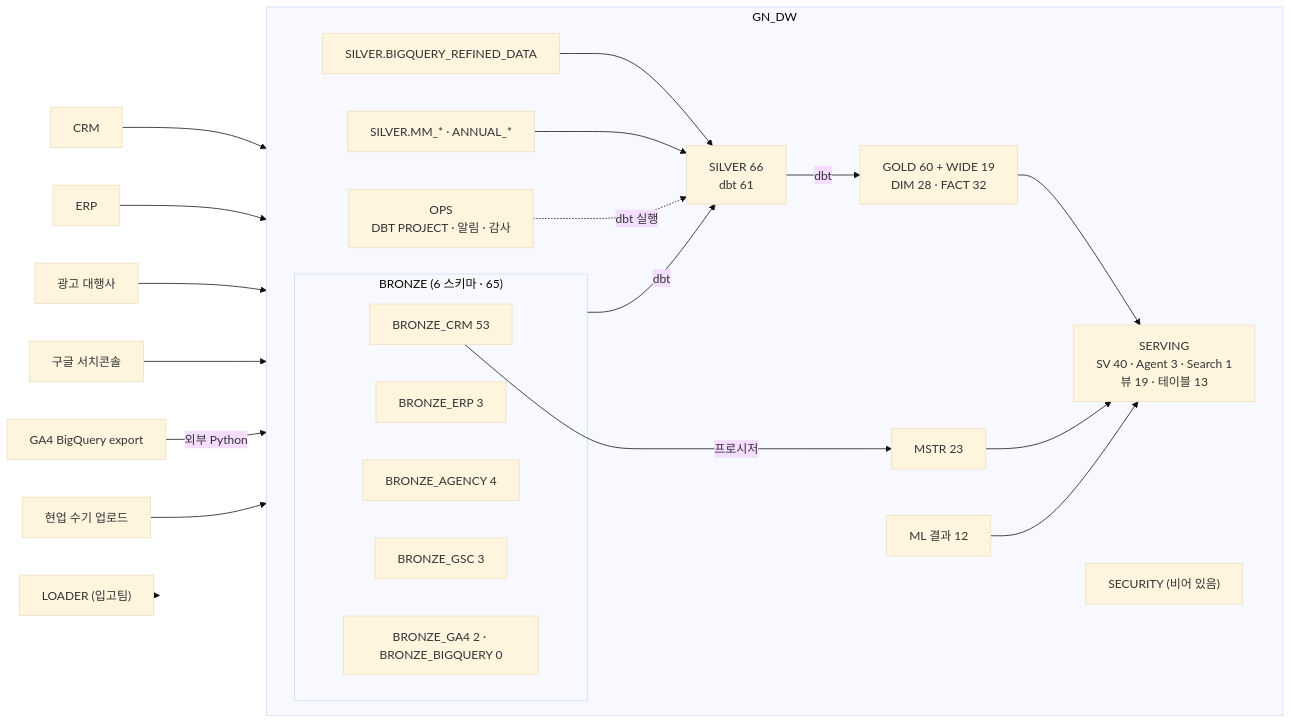
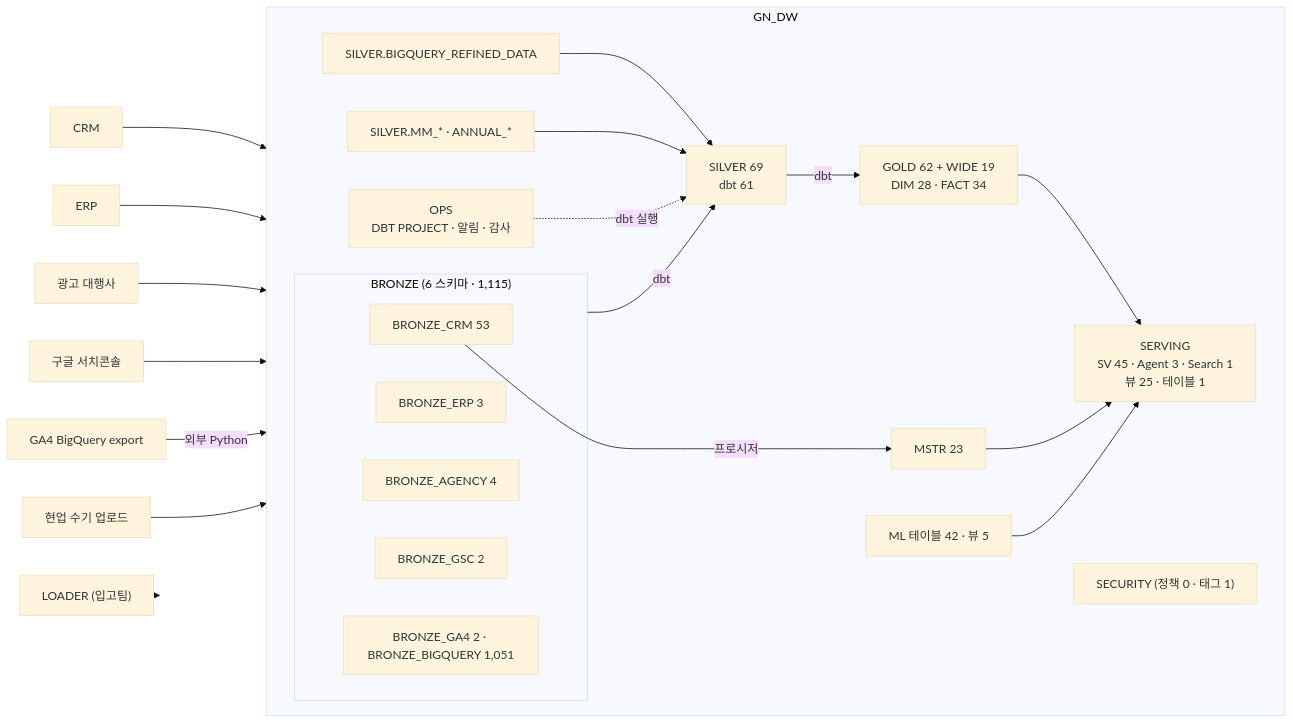
Before and after one commit to cih0802/snowflake_files: the first of 4 diagrams in 85_실제 인수인계 문서/20_정식산출물/D02_아키텍처정의서.md, drawn with Mermaid (base theme). The commit also changed other lines of this file and 157 other files, not shown here.

````diff
--- a/85_실제 인수인계 문서/20_정식산출물/D02_아키텍처정의서.md
+++ b/85_실제 인수인계 문서/20_정식산출물/D02_아키텍처정의서.md
@@ -21,38 +21,38 @@
 ```mermaid
 flowchart LR
   CRM["CRM"] --> BCRM
   ERP["ERP"] --> BERP
   AGN["광고 대행사"] --> BAGN
   GSC["구글 서치콘솔"] --> BGSC
   GA4["GA4 BigQuery export"] -->|외부 Python| SRD
   XLS["현업 수기 업로드"] --> SXL
   LOADER["LOADER (입고팀)"] -.-> BRZ
 
   subgraph GNDW["GN_DW"]
     direction LR
-    subgraph BRZ["BRONZE (6 스키마 · 65)"]
+    subgraph BRZ["BRONZE (6 스키마 · 1,115)"]
       BCRM["BRONZE_CRM 53"]
       BAGN["BRONZE_AGENCY 4"]
       BERP["BRONZE_ERP 3"]
-      BGSC["BRONZE_GSC 3"]
-      BGA4["BRONZE_GA4 2 · BRONZE_BIGQUERY 0"]
+      BGSC["BRONZE_GSC 2"]
+      BGA4["BRONZE_GA4 2 · BRONZE_BIGQUERY 1,051"]
     end
     SRD["SILVER.BIGQUERY_REFINED_DATA"]
     SXL["SILVER.MM_* · ANNUAL_*"]
-    SILVER["SILVER 66<br/>dbt 61"]
-    GOLD["GOLD 60 + WIDE 19<br/>DIM 28 · FACT 32"]
-    ML["ML 결과 12"]
+    SILVER["SILVER 69<br/>dbt 61"]
+    GOLD["GOLD 62 + WIDE 19<br/>DIM 28 · FACT 34"]
+    ML["ML 테이블 42 · 뷰 5"]
     MSTR["MSTR 23"]
-    SERVING["SERVING<br/>SV 40 · Agent 3 · Search 1<br/>뷰 19 · 테이블 13"]
+    SERVING["SERVING<br/>SV 45 · Agent 3 · Search 1<br/>뷰 25 · 테이블 1"]
     OPS["OPS<br/>DBT PROJECT · 알림 · 감사"]
-    SECURITY["SECURITY (비어 있음)"]
+    SECURITY["SECURITY (정책 0 · 태그 1)"]
   end
 
   BRZ -->|dbt| SILVER
   SRD --> SILVER
   SXL --> SILVER
   SILVER -->|dbt| GOLD --> SERVING
   BCRM -->|프로시저| MSTR --> SERVING
   ML --> SERVING
   OPS -.dbt 실행.-> SILVER
 ```
````
